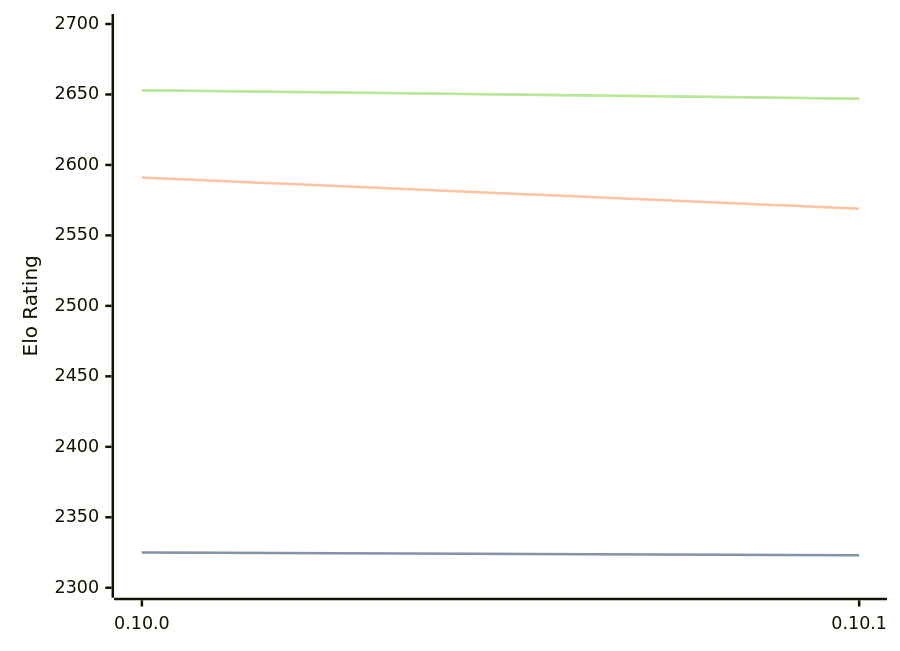
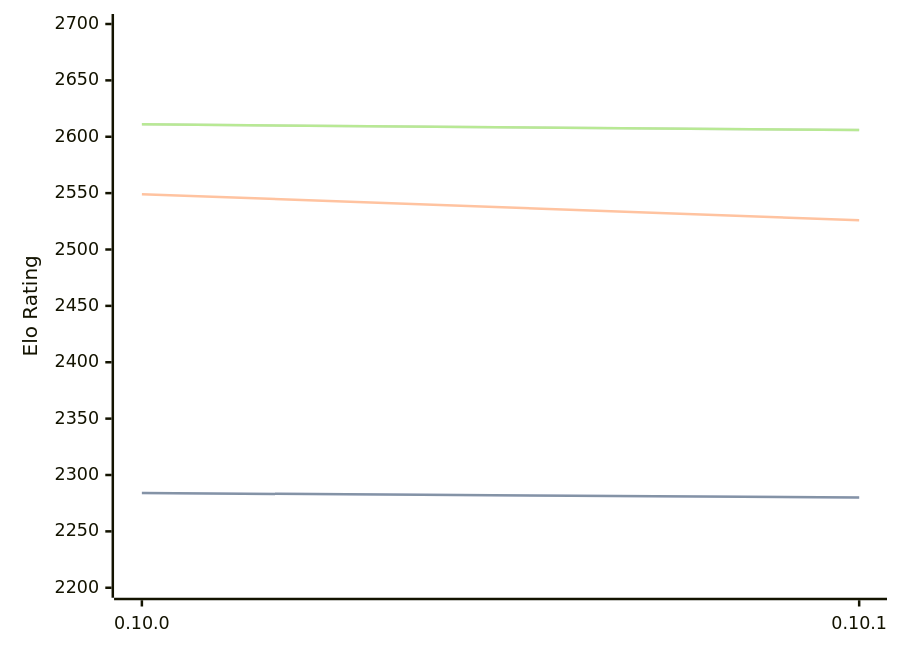
One commit to computer-chess-index/cci changed the diagram in engines/Fatalii.md. Above: the diagram before and after it, drawn with Mermaid. The commit also changed other lines of this file, not shown here.

Commit message:
Update CCI Ratings (ELO VLTC) - 2026-05-19

````diff
--- a/engines/Fatalii.md
+++ b/engines/Fatalii.md
@@ -46,11 +46,11 @@
 ```mermaid
 %%{init: {"theme":"base","themeVariables":{"seriesColors:['#a3a3a3','#222221','#faa371']}}}%%
 xychart-beta
   x-axis ["0.10.0", "0.10.1"]
-  y-axis "Elo Rating" 2300 --> 2700
-  line "STC (8.0+0.08s)" [2325, 2323]
-  line "STC (8.0+0.08s)" [2325, 2323]
-  line "LTC (60.0+0.60s)" [2591, 2569]
-  line "VLTC (2m24s+1.12s)" [2653, 2647]
-  line "VLTC (2m24s+1.12s)" [2653, 2647]
+  y-axis "Elo Rating" 2200 --> 2700
+  line "STC (8.0+0.08s)" [2284, 2280]
+  line "STC (8.0+0.08s)" [2284, 2280]
+  line "LTC (60.0+0.60s)" [2549, 2526]
+  line "VLTC (2m24s+1.12s)" [2611, 2606]
+  line "VLTC (2m24s+1.12s)" [2611, 2606]
 ```
````
